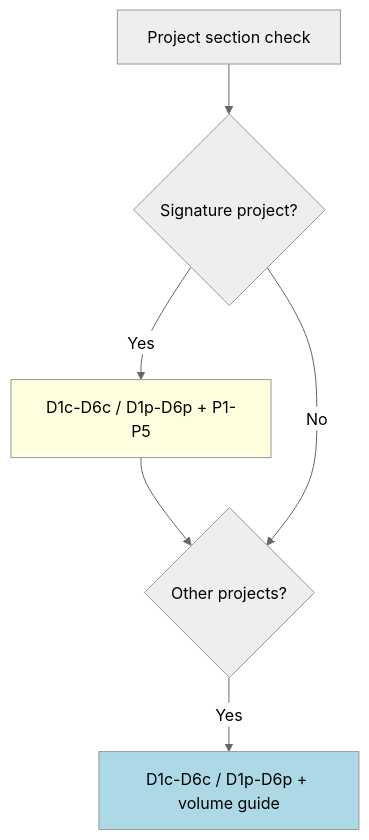
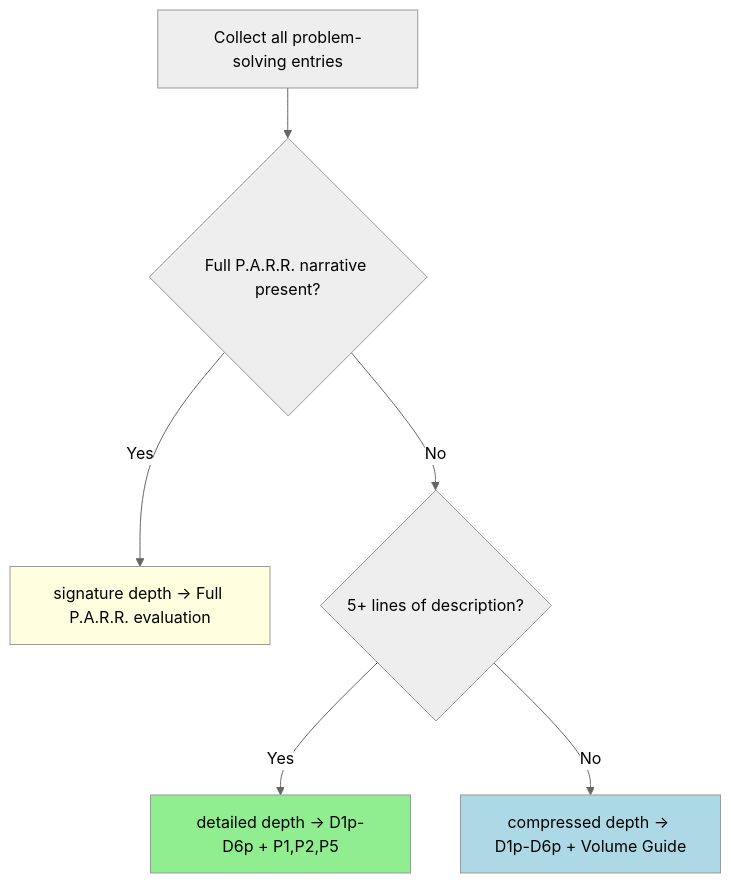
The second of 2 diagrams in projects/resume-manage/skills/review-resume/SKILL.md (toongri/oh-my-toong-playground), drawn with Mermaid (neutral theme) before and after one commit. The commit also changed other lines of this file and 6 other files, not shown here.

````diff
--- a/projects/resume-manage/skills/review-resume/SKILL.md
+++ b/projects/resume-manage/skills/review-resume/SKILL.md
@@ -1436,17 +262,12 @@
 ```mermaid
 flowchart TB
-    A[Project section check]
-    B{Signature project?}
-    C[D1c-D6c / D1p-D6p + P1-P5]
-    D{Other projects?}
-    E[D1c-D6c / D1p-D6p + volume guide]
-
-    A --> B
-    B -->|Yes| C
-    C --> D
-    B -->|No| D
-    D -->|Yes| E
+    A[Collect all problem-solving entries] --> B{Full P.A.R.R. narrative present?}
+    B -->|Yes| C[signature depth → Full P.A.R.R. evaluation]
+    B -->|No| D{5+ lines of description?}
+    D -->|Yes| E[detailed depth → D1p-D6p + P1,P2,P5]
+    D -->|No| F[compressed depth → D1p-D6p + Volume Guide]
 
     style C fill:lightyellow
-    style E fill:lightblue
+    style E fill:lightgreen
+    style F fill:lightblue
 ```
````
